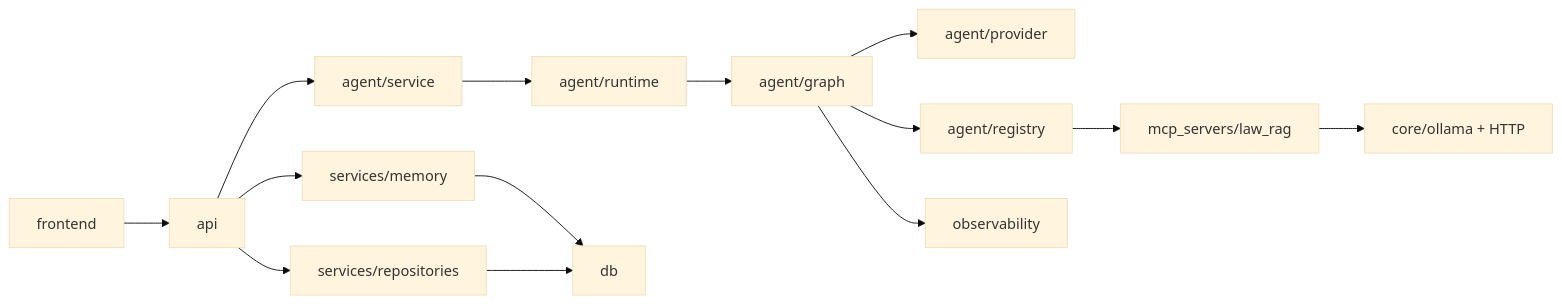
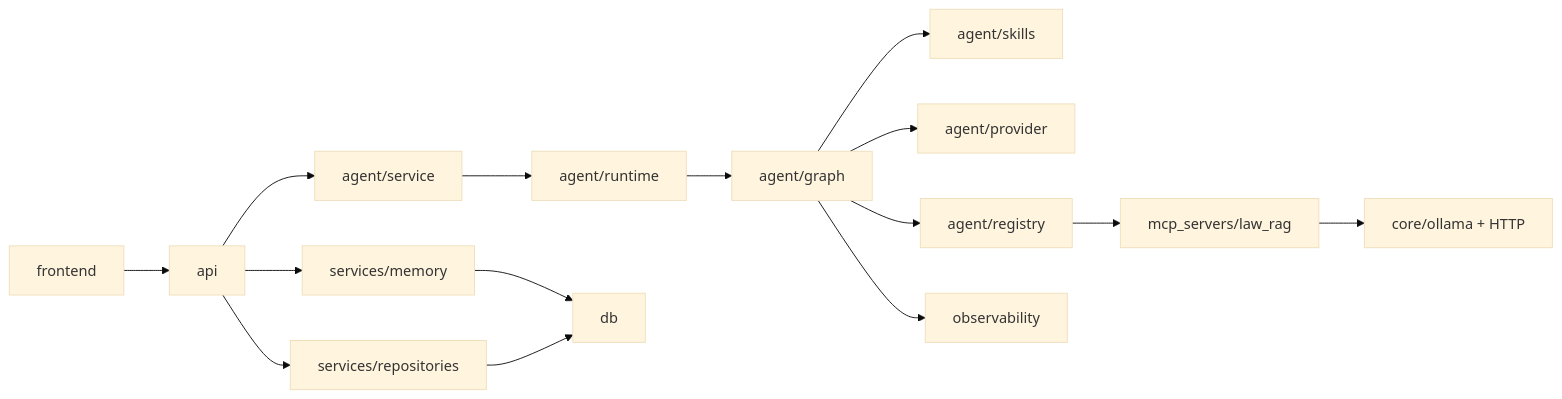
The second of 4 diagrams in resume/architecture.md (Vinn7/LawStation), drawn with Mermaid (base theme) before and after one commit. The commit also changed other lines of this file and 37 other files, not shown here.

````diff
--- a/resume/architecture.md
+++ b/resume/architecture.md
@@ -97,16 +102,17 @@
 ```mermaid
 flowchart LR
     FRONTEND["frontend"] --> API["api"]
     API --> SERVICE["agent/service"]
     API --> MEMORY["services/memory"]
     API --> REPO["services/repositories"]
     SERVICE --> RUNTIME["agent/runtime"]
     RUNTIME --> GRAPH["agent/graph"]
+    GRAPH --> SKILLS["agent/skills"]
     GRAPH --> PROVIDER["agent/provider"]
     GRAPH --> REGISTRY["agent/registry"]
     REGISTRY --> MCP["mcp_servers/law_rag"]
     MEMORY --> DB["db"]
     REPO --> DB
     MCP --> OLLAMA["core/ollama + HTTP"]
     GRAPH --> OBS["observability"]
 ```
````
